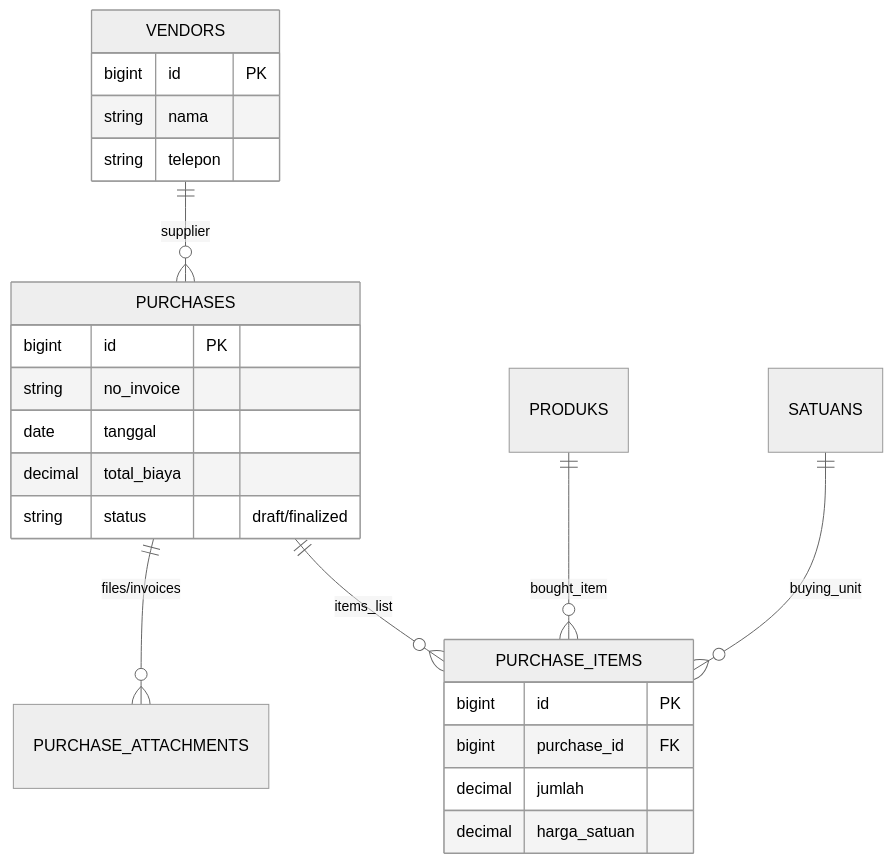
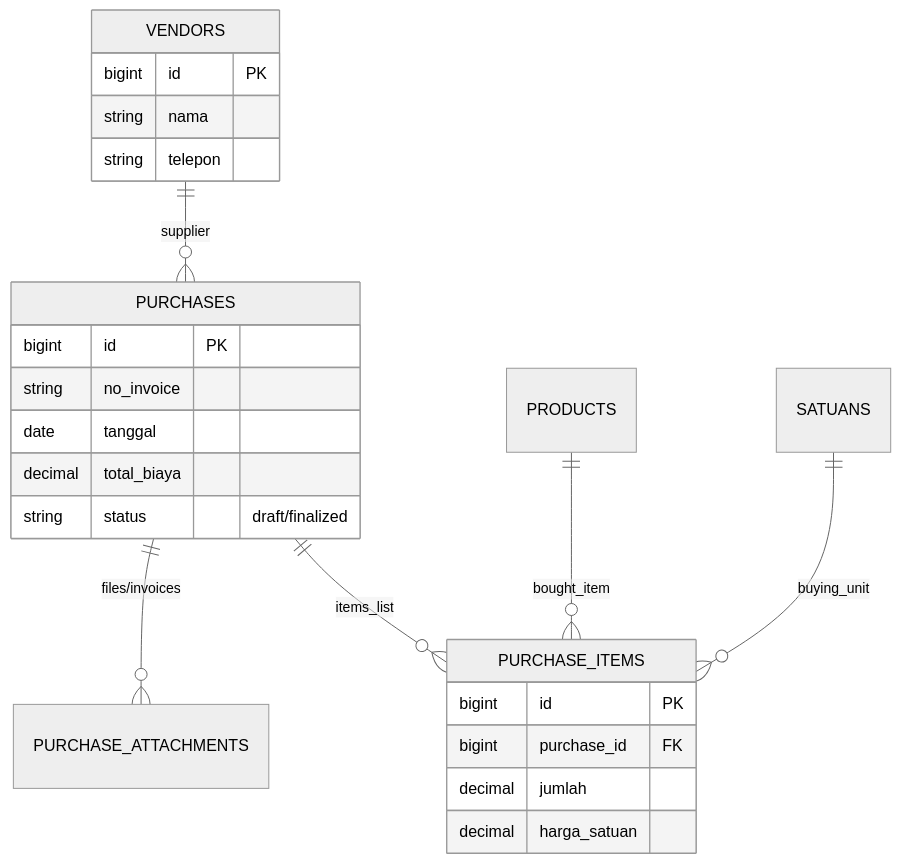
One commit to ubaidillahfaris/erp changed the diagram in database/erd/03_Purchasing_Flow.md. Above: the diagram before and after it, drawn with Mermaid (neutral theme). The commit also changed 298 other files, not shown here.

````diff
--- a/database/erd/03_Purchasing_Flow.md
+++ b/database/erd/03_Purchasing_Flow.md
@@ -5,27 +5,27 @@
 ```mermaid
 erDiagram
     VENDORS ||--o{ PURCHASES : "supplier"
     PURCHASES ||--o{ PURCHASE_ITEMS : "items_list"
     PURCHASES ||--o{ PURCHASE_ATTACHMENTS : "files/invoices"
-    PRODUKS ||--o{ PURCHASE_ITEMS : "bought_item"
+    PRODUCTS ||--o{ PURCHASE_ITEMS : "bought_item"
     SATUANS ||--o{ PURCHASE_ITEMS : "buying_unit"
 
     PURCHASES {
         bigint id PK
         string no_invoice
         date tanggal
         decimal total_biaya
         string status "draft/finalized"
     }
     PURCHASE_ITEMS {
         bigint id PK
         bigint purchase_id FK
         decimal jumlah
         decimal harga_satuan
     }
     VENDORS {
         bigint id PK
         string nama
         string telepon
     }
 ```
````
